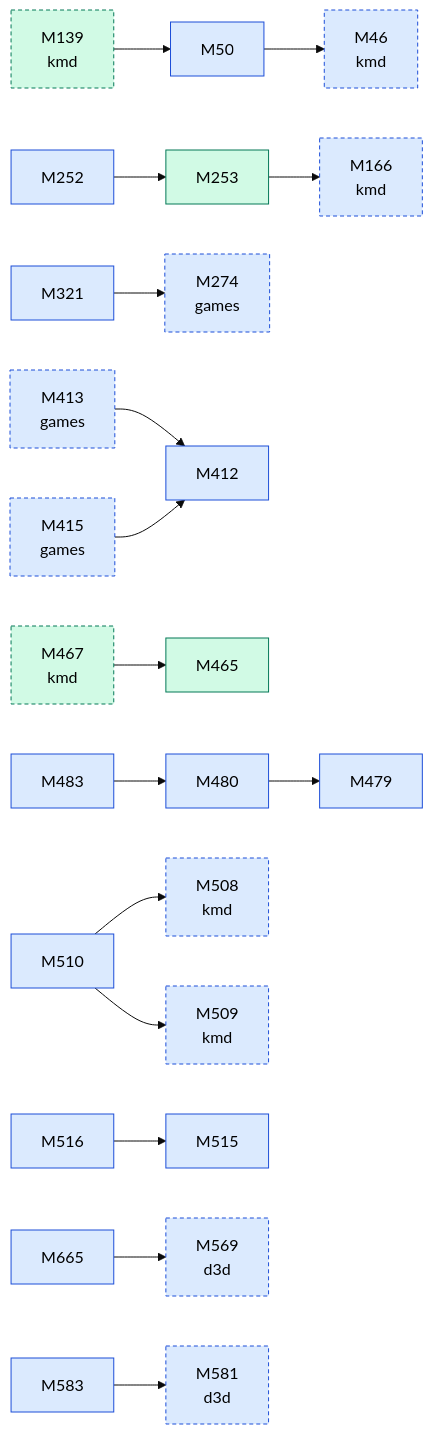
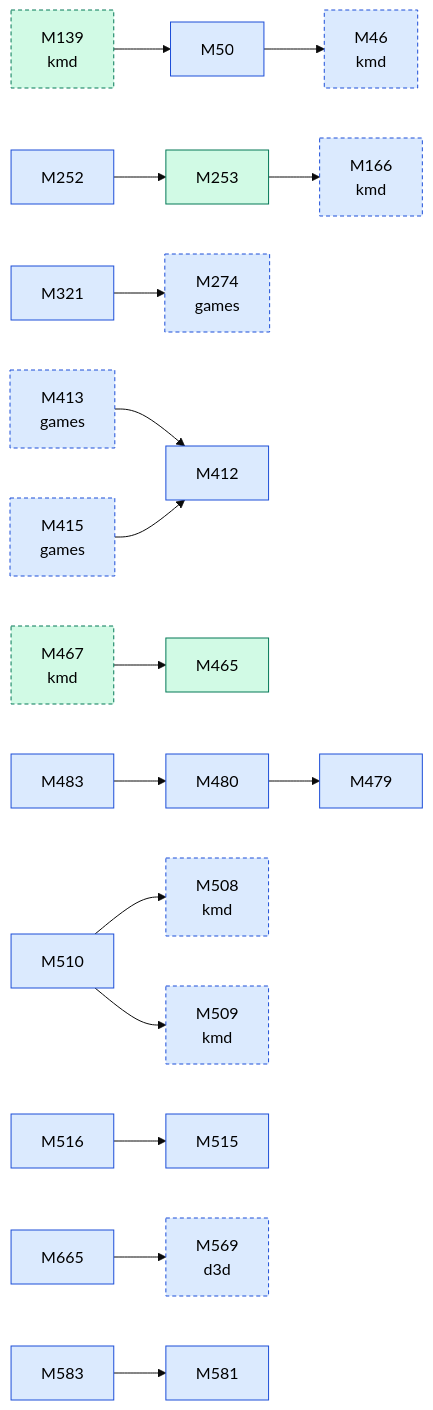
One commit to D-Ogi/amdgpu-wddm changed the second of 2 diagrams in docs/facts/graphs/icd.md. Above: the diagram before and after it, drawn with Mermaid (base theme). The commit also changed 25 other files, not shown here.

````diff
--- a/docs/facts/graphs/icd.md
+++ b/docs/facts/graphs/icd.md
@@ -28,49 +28,49 @@
 ```mermaid
 flowchart LR
   M46["M46<br/>kmd"]:::MEASURED
   M50["M50"]:::MEASURED
   M139["M139<br/>kmd"]:::CONFIRMED
   M166["M166<br/>kmd"]:::MEASURED
   M252["M252"]:::MEASURED
   M253["M253"]:::CONFIRMED
   M274["M274<br/>games"]:::MEASURED
   M321["M321"]:::MEASURED
   M412["M412"]:::MEASURED
   M413["M413<br/>games"]:::MEASURED
   M415["M415<br/>games"]:::MEASURED
   M465["M465"]:::CONFIRMED
   M467["M467<br/>kmd"]:::CONFIRMED
   M479["M479"]:::MEASURED
   M480["M480"]:::MEASURED
   M483["M483"]:::MEASURED
   M508["M508<br/>kmd"]:::MEASURED
   M509["M509<br/>kmd"]:::MEASURED
   M510["M510"]:::MEASURED
   M515["M515"]:::MEASURED
   M516["M516"]:::MEASURED
   M569["M569<br/>d3d"]:::MEASURED
-  M581["M581<br/>d3d"]:::MEASURED
+  M581["M581"]:::MEASURED
   M583["M583"]:::MEASURED
   M665["M665"]:::MEASURED
   M139 --> M50
   M467 --> M465
   M50 --> M46
   M252 --> M253
   M253 --> M166
   M321 --> M274
   M480 --> M479
   M483 --> M480
   M510 --> M508
   M510 --> M509
   M516 --> M515
   M583 --> M581
   M665 --> M569
   M413 --> M412
   M415 --> M412
   classDef HYPOTHESIS fill:#fff3c4,stroke:#9a7b00,color:#000
   classDef MEASURED fill:#dbeafe,stroke:#1d4ed8,color:#000
   classDef CONFIRMED fill:#d1fae5,stroke:#047857,color:#000
   classDef REFUTED fill:#fee2e2,stroke:#b91c1c,color:#000
   classDef other stroke-dasharray:4 3
-  class M46,M139,M166,M274,M413,M415,M467,M508,M509,M569,M581 other
+  class M46,M139,M166,M274,M413,M415,M467,M508,M509,M569 other
 ```
````
